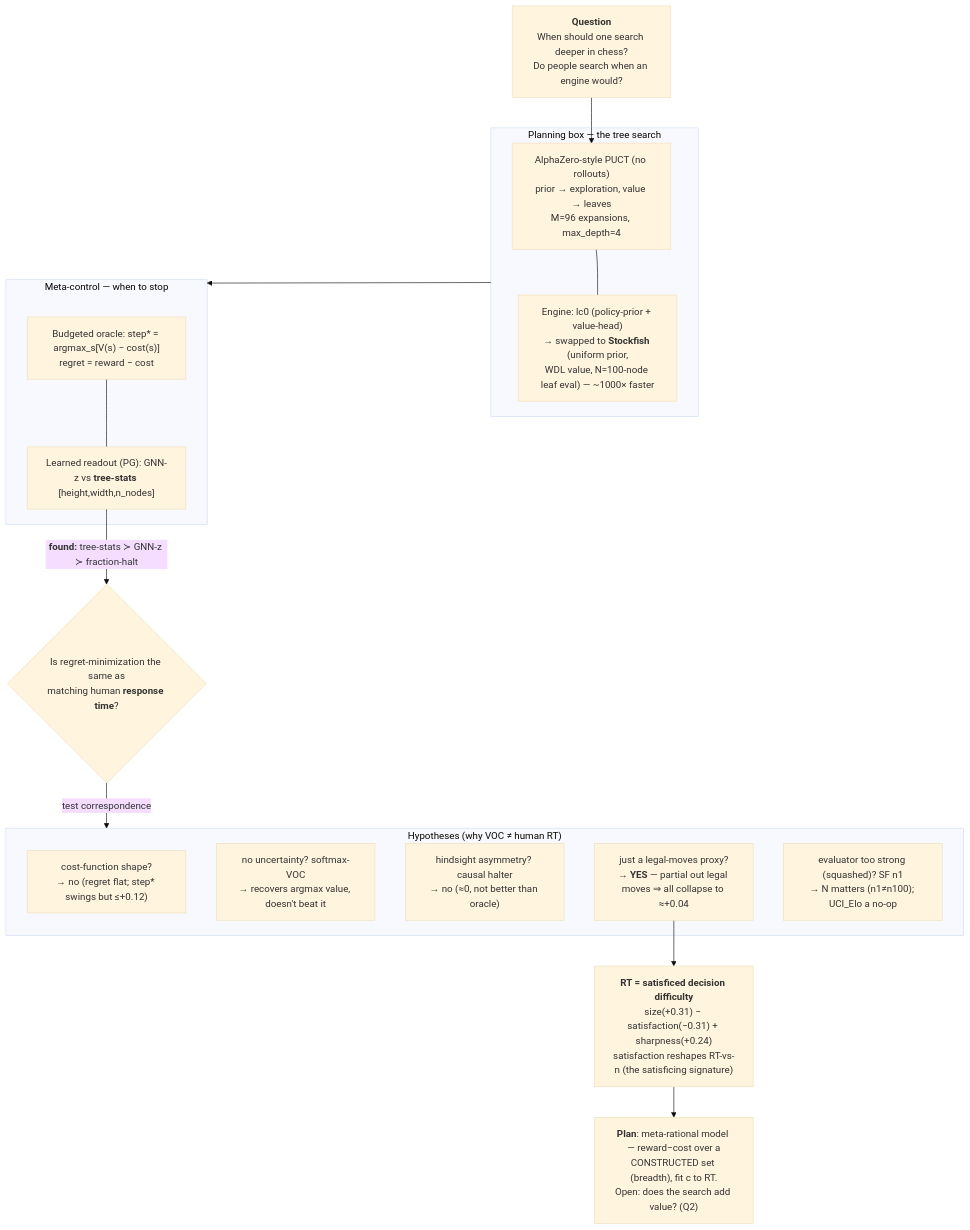
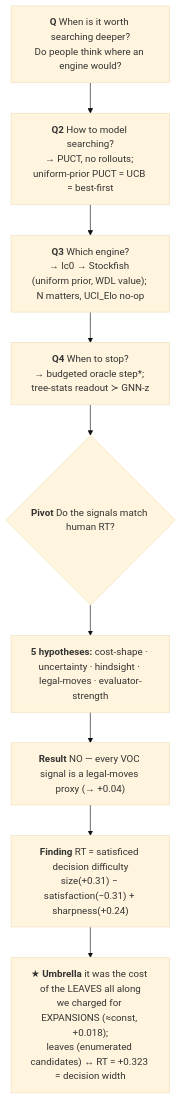
One commit to WeiJiMaLab/chess_analysis changed the diagram in reports/treesearch.md. Above: the diagram before and after it, drawn with Mermaid (base theme). The commit also changed other lines of this file, not shown here.

First line of the commit message:
treesearch: the culmination — restructure to the question-graph + the leaf-cost umbrella

````diff
--- a/reports/treesearch.md
+++ b/reports/treesearch.md
@@ -12,31 +13,12 @@
-```mermaid
+```mermaid {scale: 0.6}
 flowchart TD
-  Q["<b>Question</b><br/>When should one search deeper in chess?<br/>Do people search when an engine would?"] --> TS
-
-  subgraph PLAN["Planning box — the tree search"]
-    TS["AlphaZero-style PUCT (no rollouts)<br/>prior → exploration, value → leaves<br/>M=96 expansions, max_depth=4"]
-    ENG["Engine: lc0 (policy-prior + value-head)<br/>→ swapped to <b>Stockfish</b> (uniform prior,<br/>WDL value, N=100-node leaf eval) — ~1000× faster"]
-    TS --- ENG
-  end
-
-  subgraph META["Meta-control — when to stop"]
-    OR["Budgeted oracle: step* = argmax_s[V(s) − cost(s)]<br/>regret = reward − cost"]
-    RD["Learned readout (PG): GNN-z vs <b>tree-stats</b> [height,width,n_nodes]"]
-    OR --- RD
-  end
-  PLAN --> META
-  RD -->|"<b>found:</b> tree-stats ≻ GNN-z ≻ fraction-halt"| PIVOT
-
-  PIVOT{"Is regret-minimization the same as<br/>matching human <b>response time</b>?"} -->|"test correspondence"| H
-
-  subgraph H["Hypotheses (why VOC ≠ human RT)"]
-    H1["cost-function shape?<br/>→ no (regret flat; step* swings but ≤+0.12)"]
-    H2["no uncertainty? softmax-VOC<br/>→ recovers argmax value, doesn't beat it"]
-    H3["hindsight asymmetry? causal halter<br/>→ no (≈0, not better than oracle)"]
-    H4["just a legal-moves proxy?<br/>→ <b>YES</b> — partial out legal moves ⇒ all collapse to ≈+0.04"]
-    H5["evaluator too strong (squashed)? SF n1<br/>→ N matters (n1≠n100); UCI_Elo a no-op"]
-  end
-
-  H4 --> FIND["<b>RT = satisficed decision difficulty</b><br/>size(+0.31) − satisfaction(−0.31) + sharpness(+0.24)<br/>satisfaction reshapes RT-vs-n (the satisficing signature)"]
-  FIND --> PLANBOX["<b>Plan</b>: meta-rational model — reward−cost over a<br/>CONSTRUCTED set (breadth), fit c to RT.<br/>Open: does the search add value? (Q2)"]
+  Q["<b>Q</b> When is it worth searching deeper?<br/>Do people think where an engine would?"] --> Q2
+  Q2["<b>Q2</b> How to model searching?<br/>→ PUCT, no rollouts; uniform-prior PUCT = UCB = best-first"] --> Q3
+  Q3["<b>Q3</b> Which engine?<br/>→ lc0 → Stockfish (uniform prior, WDL value); N matters, UCI_Elo no-op"] --> Q4
+  Q4["<b>Q4</b> When to stop?<br/>→ budgeted oracle step*; tree-stats readout ≻ GNN-z"] --> PIV
+  PIV{"<b>Pivot</b> Do the signals match human RT?"} --> H
+  H["<b>5 hypotheses:</b> cost-shape · uncertainty · hindsight · legal-moves · evaluator-strength"] --> R
+  R["<b>Result</b> NO — every VOC signal is a legal-moves proxy (→ +0.04)"] --> FIND
+  FIND["<b>Finding</b> RT = satisficed decision difficulty<br/>size(+0.31) − satisfaction(−0.31) + sharpness(+0.24)"] --> UMB
+  UMB["★ <b>Umbrella</b> it was the cost of the LEAVES all along<br/>we charged for EXPANSIONS (≈const, +0.018);<br/>leaves (enumerated candidates) ↔ RT = +0.323 = decision width"]
 ```
````
